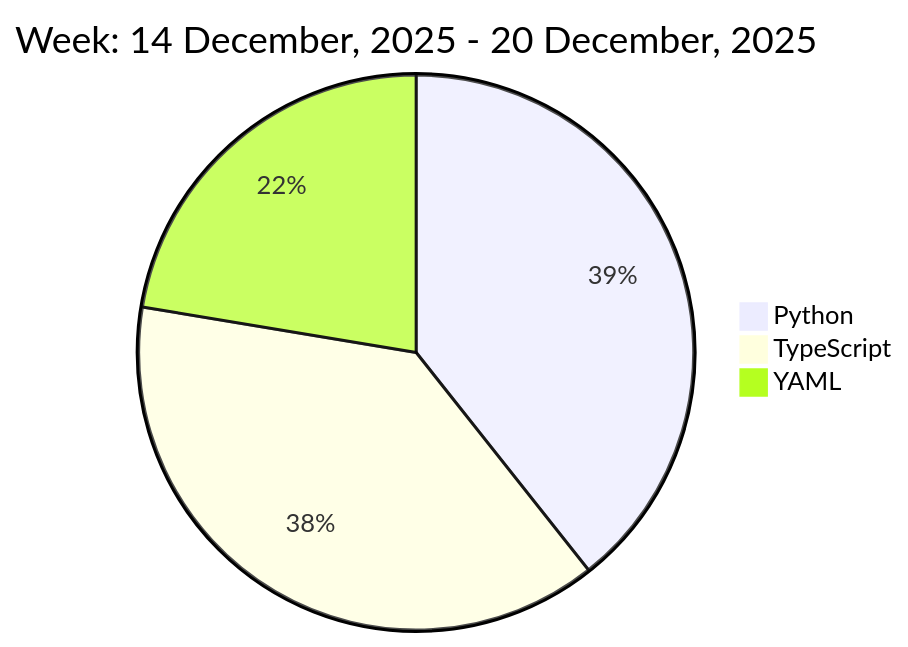
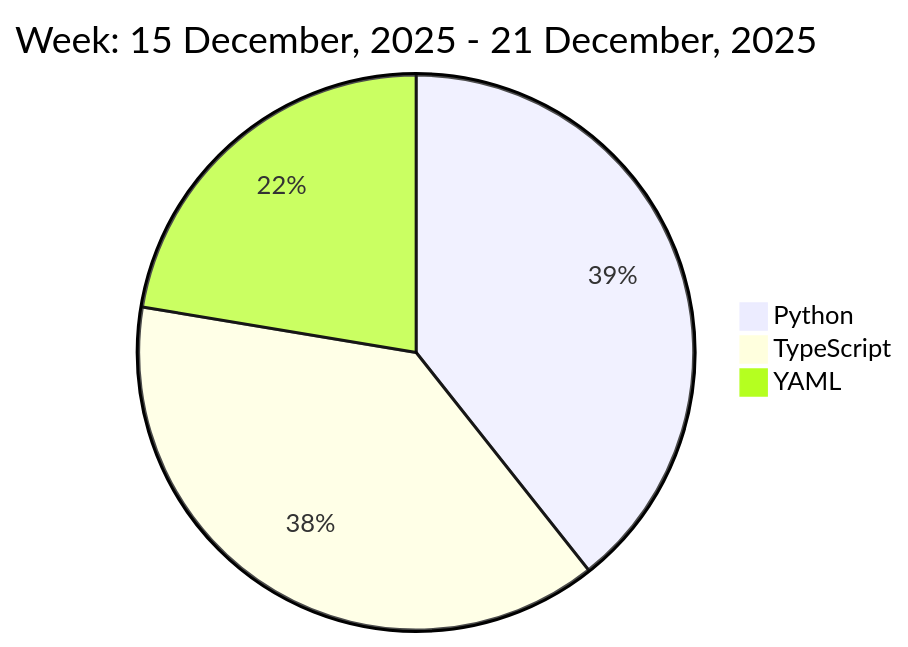
The diagram in README.md (liubin95/liubin95), drawn with Mermaid before and after one commit.

Commit message:
Updated the Graph with new Metrics

````diff
--- a/README.md
+++ b/README.md
@@ -37,7 +37,7 @@
 ```mermaid
  pie
-title Week: 14 December, 2025 - 20 December, 2025
+title Week: 15 December, 2025 - 21 December, 2025
  "Python" : 3.78
  "TypeScript" : 3.68
  "YAML" : 2.15
 ```
````
